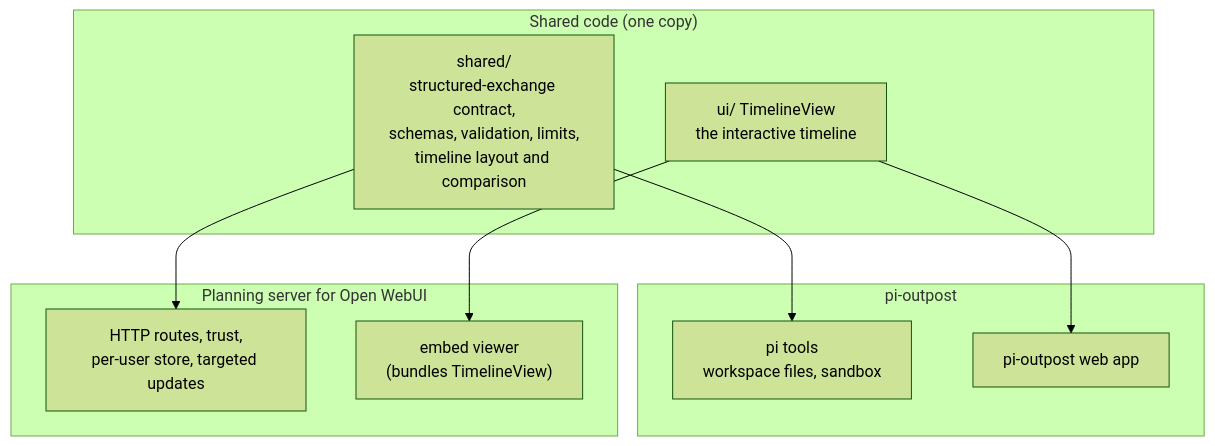
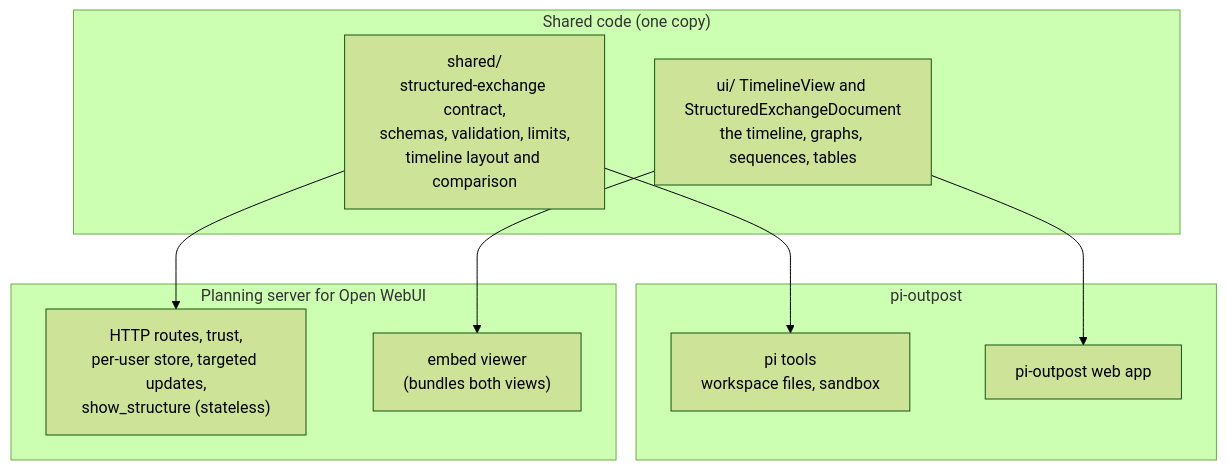
The third of 3 diagrams in docs/openwebui-architecture.md (laurentftech/pi-outpost), drawn with Mermaid (forest theme) before and after one commit. The commit also changed other lines of this file and 7 other files, not shown here.

First line of the commit message:
feat(openwebui): refusals speak to the model; docs and coverage for show_structure

````diff
--- a/docs/openwebui-architecture.md
+++ b/docs/openwebui-architecture.md
@@ -218,19 +223,19 @@
 ```mermaid
 flowchart TB
   subgraph shared["Shared code (one copy)"]
     C["shared/<br/>structured-exchange contract,<br/>schemas, validation, limits,<br/>timeline layout and comparison"]
-    UIV["ui/ TimelineView<br/>the interactive timeline"]
+    UIV["ui/ TimelineView and StructuredExchangeDocument<br/>the timeline, graphs, sequences, tables"]
   end
   subgraph po["pi-outpost"]
     PT["pi tools<br/>workspace files, sandbox"]
     PUI["pi-outpost web app"]
   end
   subgraph ow["Planning server for Open WebUI"]
-    R["HTTP routes, trust,<br/>per-user store, targeted updates"]
-    E["embed viewer<br/>(bundles TimelineView)"]
+    R["HTTP routes, trust,<br/>per-user store, targeted updates,<br/>show_structure (stateless)"]
+    E["embed viewer<br/>(bundles both views)"]
   end
   C --> PT
   C --> R
   UIV --> PUI
   UIV --> E
 ```
````
